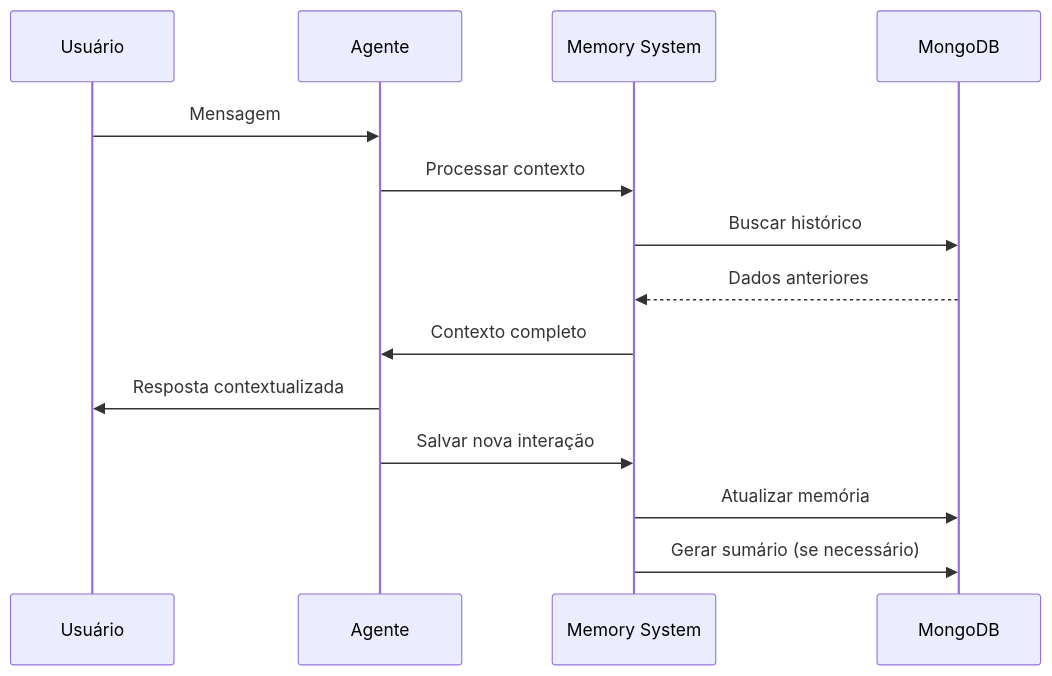
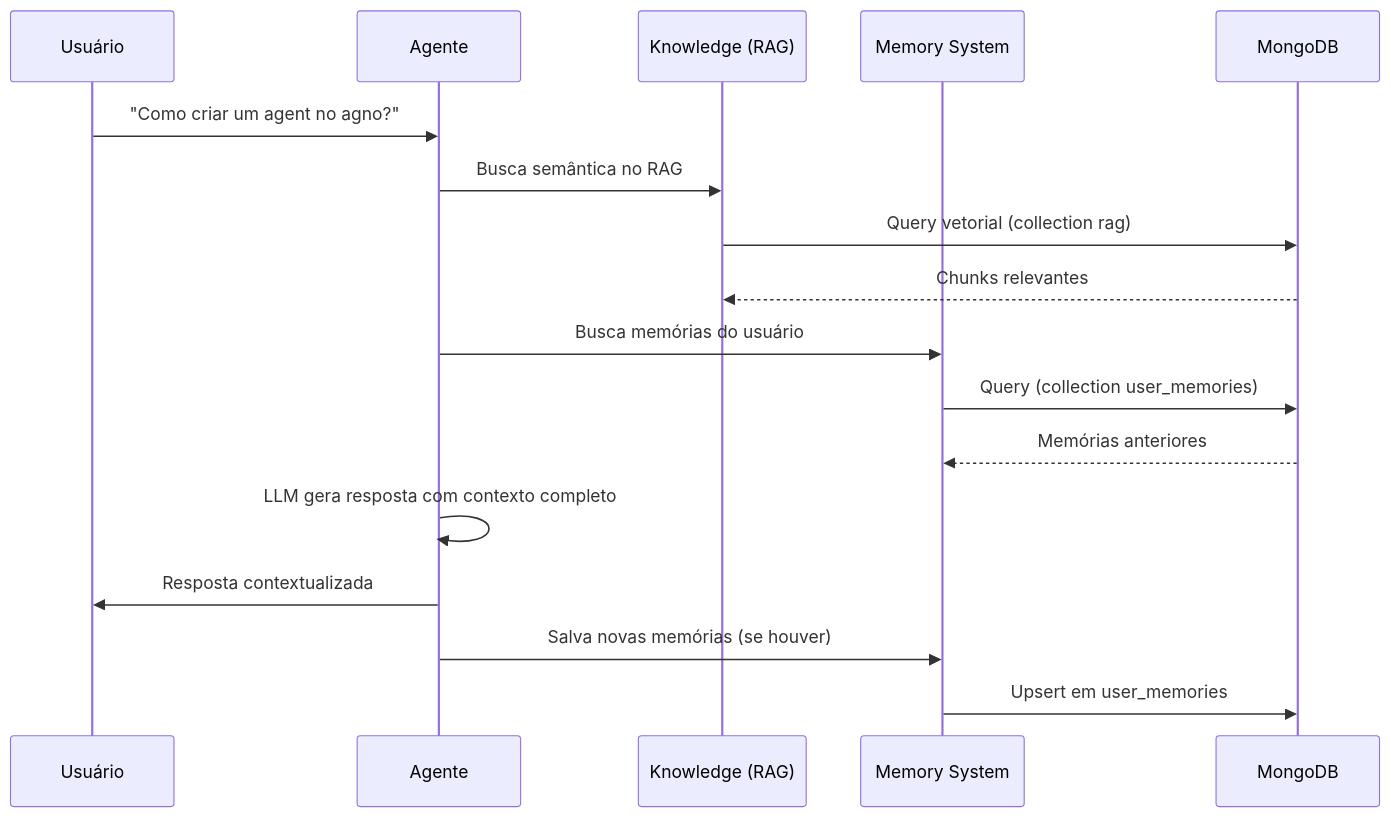
Before and after one commit to Mosfet04/orquestradorIAPythonArgo: the fourth of 4 diagrams in README.pt-br.md, drawn with Mermaid. The commit also changed other lines of this file and 62 other files, not shown here.

````diff
--- a/README.pt-br.md
+++ b/README.pt-br.md
@@ -658,17 +582,20 @@
 ```mermaid
 sequenceDiagram
     participant U as Usuário
     participant A as Agente
+    participant K as Knowledge (RAG)
     participant M as Memory System
     participant DB as MongoDB
-    
-    U->>A: Mensagem
-    A->>M: Processar contexto
-    M->>DB: Buscar histórico
-    DB-->>M: Dados anteriores
-    M->>A: Contexto completo
+
+    U->>A: "Como criar um agent no agno?"
+    A->>K: Busca semântica no RAG
+    K->>DB: Query vetorial (collection rag)
+    DB-->>K: Chunks relevantes
+    A->>M: Busca memórias do usuário
+    M->>DB: Query (collection user_memories)
+    DB-->>M: Memórias anteriores
+    A->>A: LLM gera resposta com contexto completo
     A->>U: Resposta contextualizada
-    A->>M: Salvar nova interação
-    M->>DB: Atualizar memória
-    M->>DB: Gerar sumário (se necessário)
+    A->>M: Salva novas memórias (se houver)
+    M->>DB: Upsert em user_memories
 ```
````
